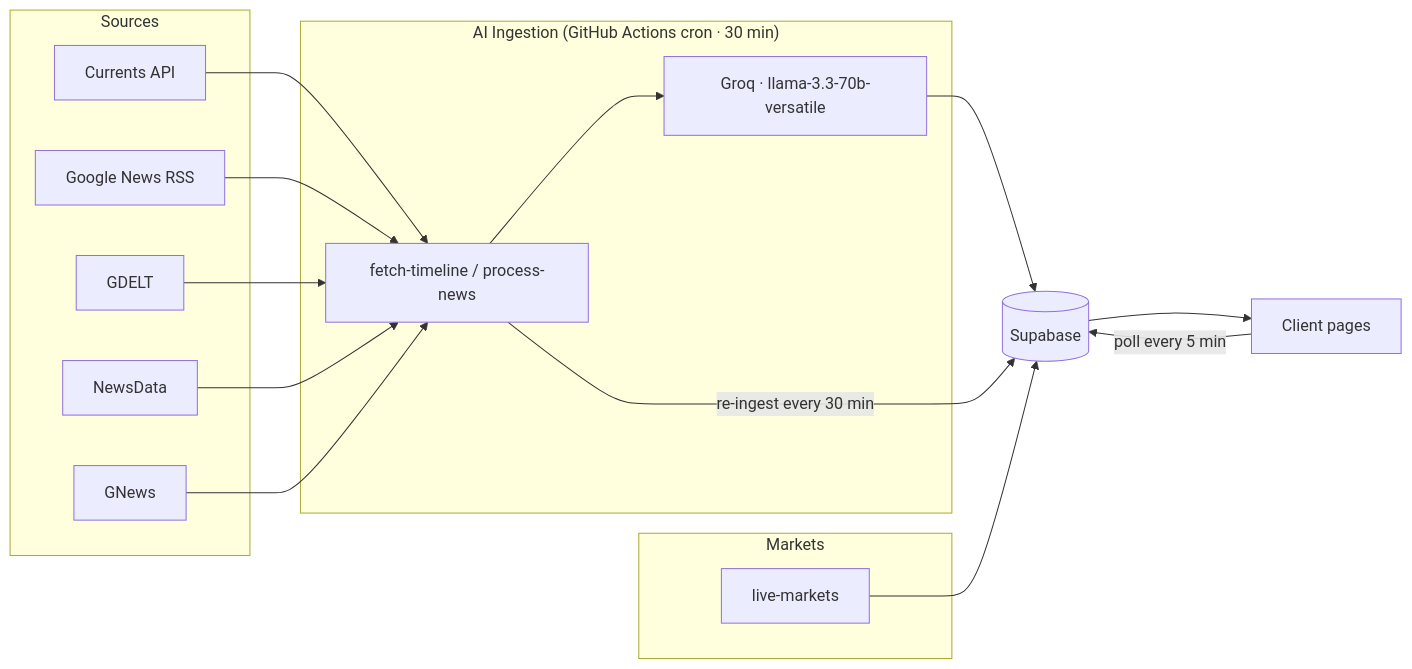
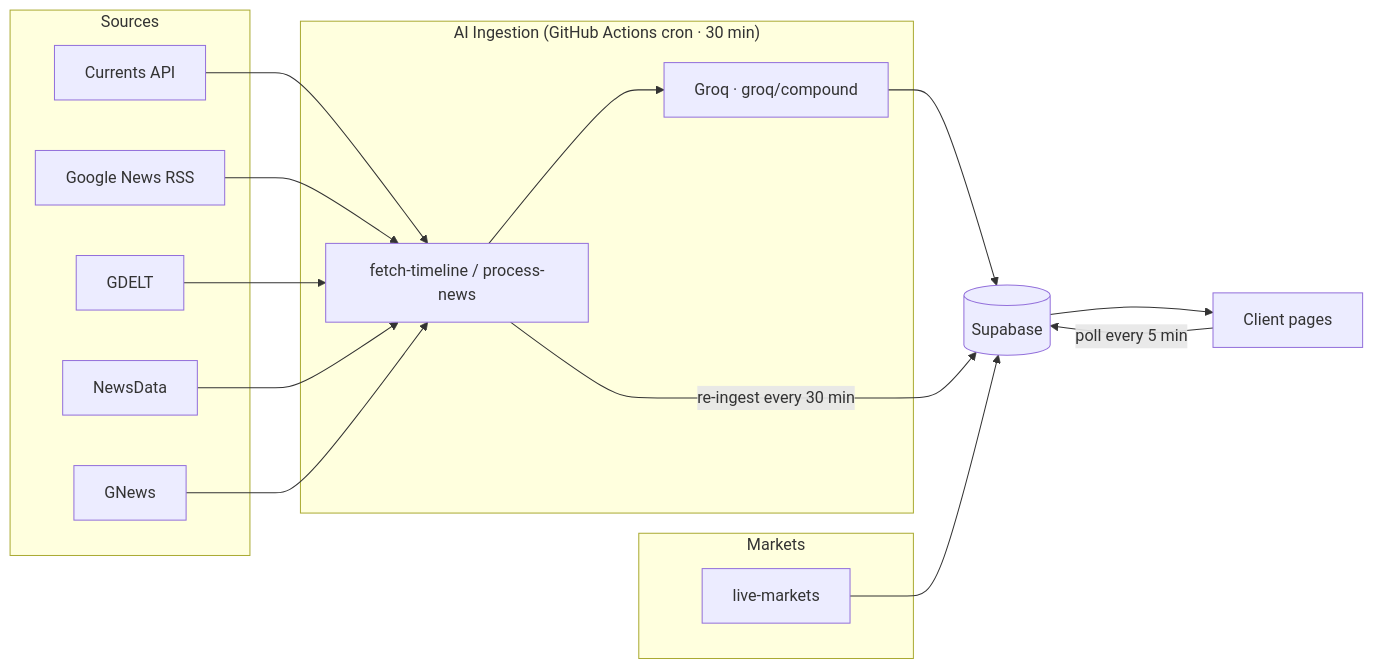
Before and after one commit to conflictsee-arch/conflictsee: the diagram in README.md, drawn with Mermaid. The commit also changed other lines of this file and 9 other files, not shown here.

Commit message:
fix: restore ingestion (groq/compound model, process-news 500, cron 308)

````diff
--- a/README.md
+++ b/README.md
@@ -26,28 +26,28 @@
 ```mermaid
 flowchart LR
     subgraph Sources
         A[Currents API]
         B[Google News RSS]
         C[GDELT]
         D[NewsData]
         E[GNews]
     end
 
     subgraph Ingestion["AI Ingestion (GitHub Actions cron · 30 min)"]
         F[fetch-timeline / process-news]
-        G[Groq · llama-3.3-70b-versatile]
+        G[Groq · groq/compound]
     end
 
     H[(Supabase)]
     I[Client pages]
 
     A & B & C & D & E --> F --> G --> H
     H --> I
     I -- "poll every 5 min" --> H
     F -- "re-ingest every 30 min" --> H
 
     subgraph Markets
         J[live-markets]
     end
     J --> H
 ```
````
